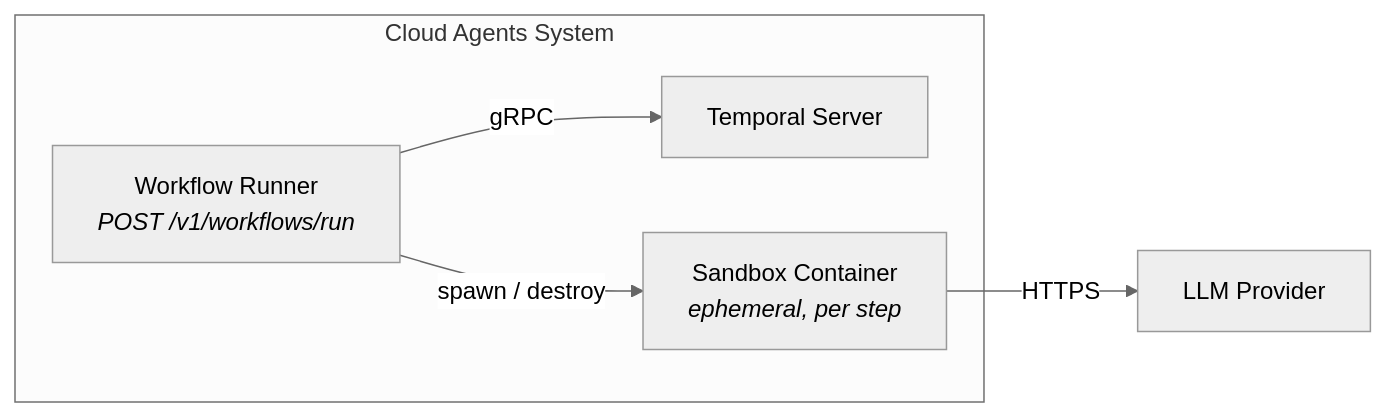
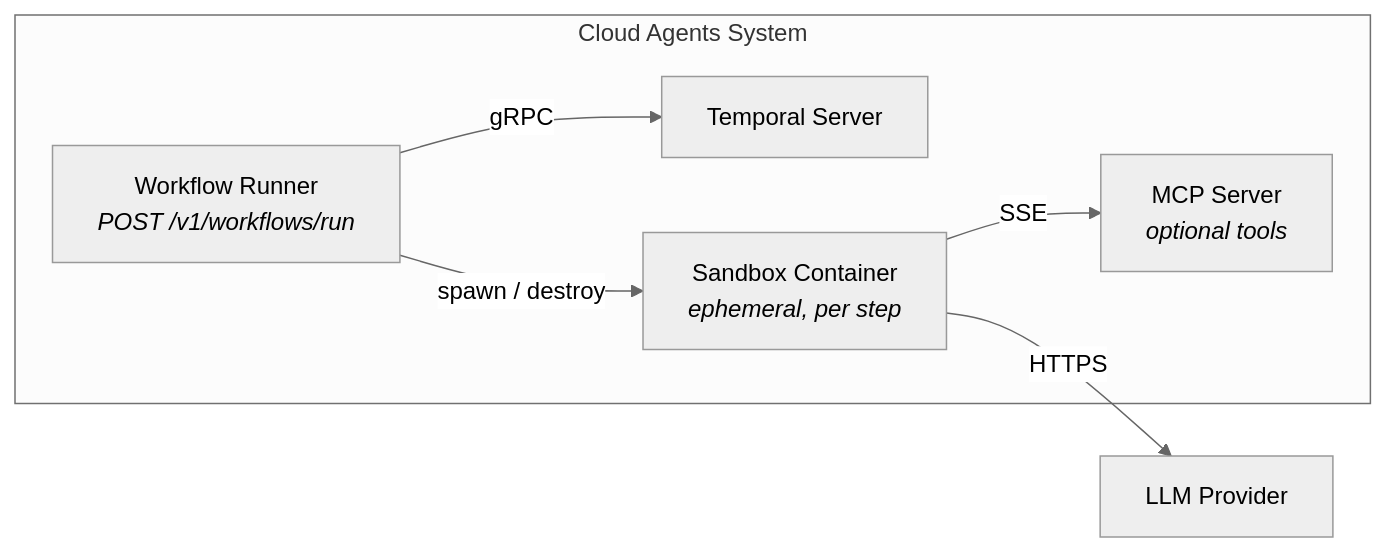
The diagram in docs/DEMO.md (jameswnl/lightspeed-cloud-agents), drawn with Mermaid (neutral theme) before and after one commit. The commit also changed other lines of this file and 2 other files, not shown here.

First line of the commit message:
Update DEMO.md and add MCP + security example workflows

````diff
--- a/docs/DEMO.md
+++ b/docs/DEMO.md
@@ -9,13 +9,15 @@
 ```mermaid
 graph LR
     subgraph cluster["Cloud Agents System"]
         WR["Workflow Runner<br/><i>POST /v1/workflows/run</i>"]
         TS["Temporal Server"]
         SB["Sandbox Container<br/><i>ephemeral, per step</i>"]
+        MCP["MCP Server<br/><i>optional tools</i>"]
     end
     LLM["LLM Provider"]
 
     WR -- "gRPC" --> TS
     WR -- "spawn / destroy" --> SB
     SB -- "HTTPS" --> LLM
+    SB -- "SSE" --> MCP
 ```
````
